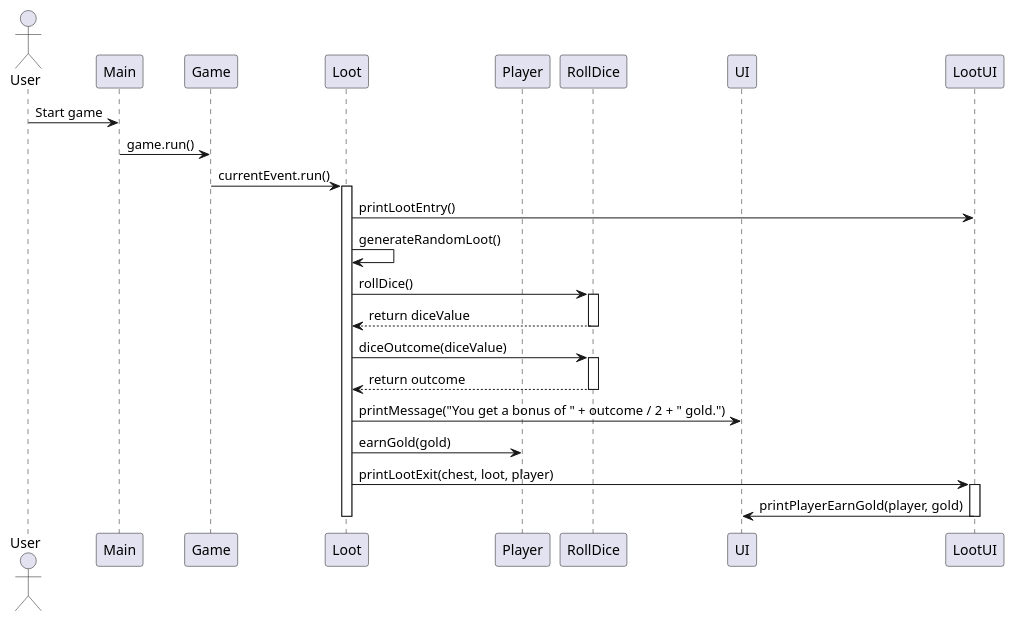
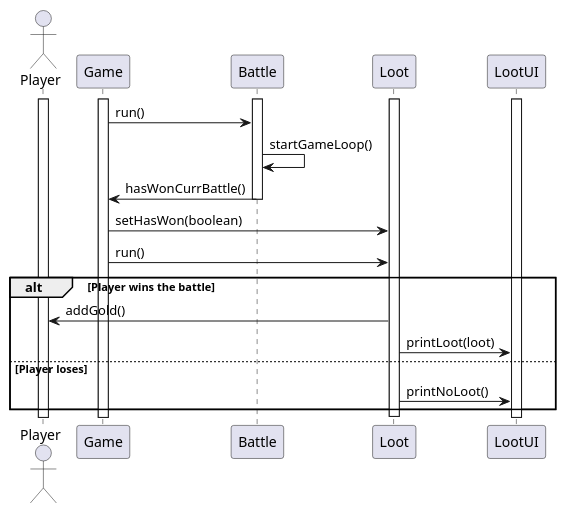
One commit to zavsky/tp changed the diagram in docs/diagrams/lootSequence.puml. Above: the diagram before and after it, drawn with PlantUML. The commit also changed 6 other files, not shown here.

```diff
--- a/docs/diagrams/lootSequence.puml
+++ b/docs/diagrams/lootSequence.puml
@@ -1,34 +1,26 @@
 @startuml
 
-actor User
-participant "Main" as Main
-participant "Game" as Game
-participant "Loot" as Loot
-
-participant "Player" as Player
-participant "RollDice" as RollDice
-participant "UI" as UI
-participant "LootUI" as LootUI
-
-User -> Main: Start game
-Main -> Game: game.run()
-Game -> Loot: currentEvent.run()
+actor Player
+participant Game
+participant Battle
+participant Loot
+participant LootUI
+activate Player
+activate Game
+activate Battle
 activate Loot
-Loot -> LootUI: printLootEntry()
-Loot -> Loot: generateRandomLoot()
-Loot -> RollDice: rollDice()
-activate RollDice
-RollDice --> Loot: return diceValue
-deactivate RollDice
-Loot -> RollDice: diceOutcome(diceValue)
-activate RollDice
-RollDice --> Loot: return outcome
-deactivate RollDice
-Loot -> UI: printMessage("You get a bonus of " + outcome / 2 + " gold.")
-Loot -> Player: earnGold(gold)
-Loot -> LootUI: printLootExit(chest, loot, player)
 activate LootUI
-LootUI -> UI: printPlayerEarnGold(player, gold)
-deactivate LootUI
+Game -> Battle : run()
+Battle -> Battle : startGameLoop()
+Battle -> Game : hasWonCurrBattle()
+deactivate Battle
+Game -> Loot : setHasWon(boolean)
+Game -> Loot : run()
+alt Player wins the battle
+    Loot -> Player : addGold()
+    Loot -> LootUI : printLoot(loot)
+else Player loses
+    Loot -> LootUI : printNoLoot()
+end
 deactivate Loot
 @enduml
```
